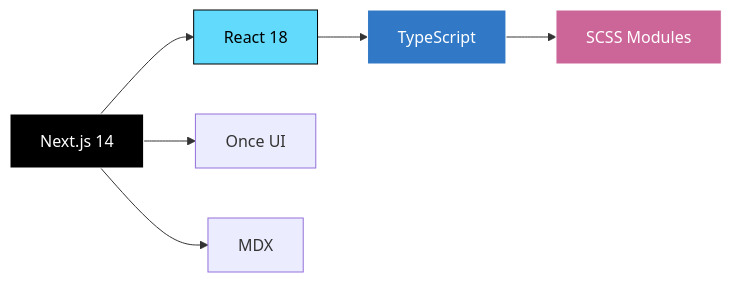
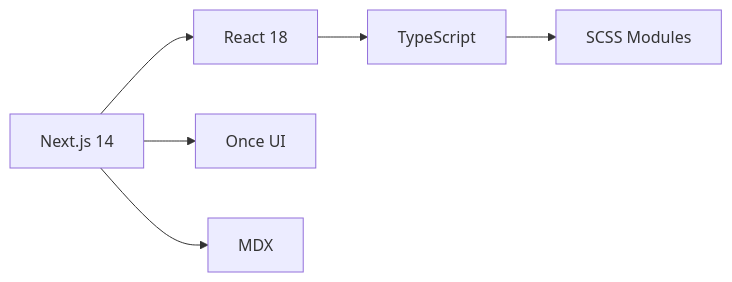
The first of 6 diagrams in README.md (Mausam-Backup/Mausam06), drawn with Mermaid before and after one commit. The commit also changed other lines of this file, not shown here.

````diff
--- a/README.md
+++ b/README.md
@@ -97,12 +97,8 @@
 ```mermaid
 graph LR
     A[Next.js 14] --> B[React 18]
     B --> C[TypeScript]
     C --> D[SCSS Modules]
     A --> E[Once UI]
     A --> F[MDX]
-    style A fill:#000,stroke:#fff,color:#fff
-    style B fill:#61DAFB,stroke:#000,color:#000
-    style C fill:#3178C6,stroke:#fff,color:#fff
-    style D fill:#CC6699,stroke:#fff,color:#fff
 ```
````
